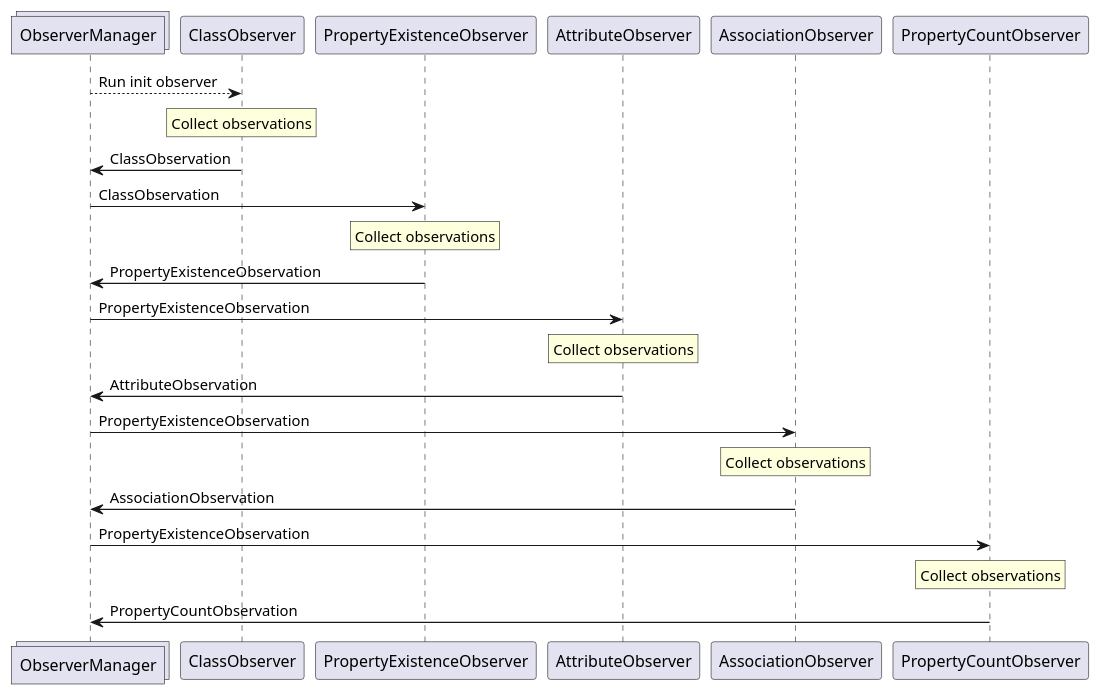
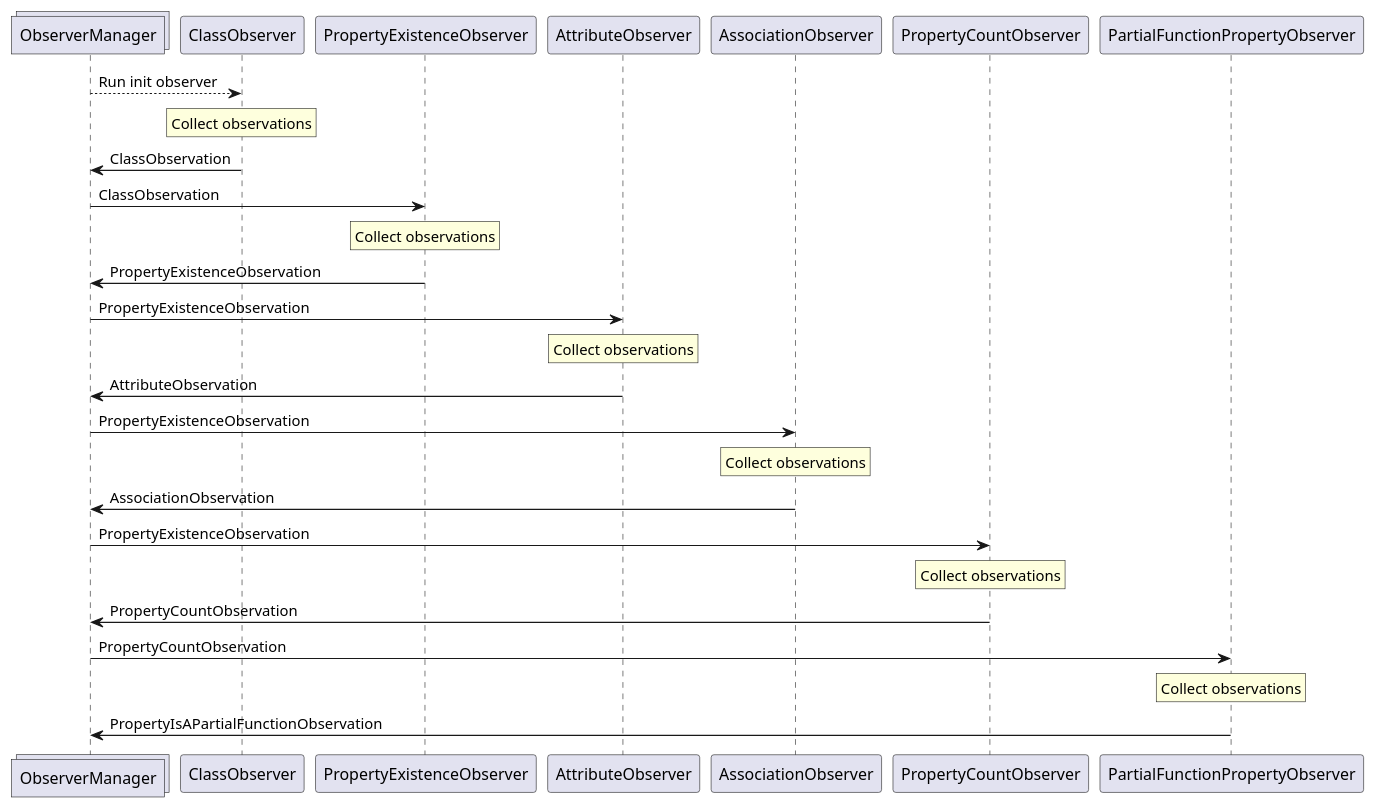
Before and after one commit to mff-uk/sparqless: the diagram in diagrams/observers.plantuml, drawn with PlantUML. The commit also changed 52 other files, not shown here.

First line of the commit message:
feat(observation): improve performance of observers by eliminating cross-graph matching (#8)

```diff
--- a/diagrams/observers.plantuml
+++ b/diagrams/observers.plantuml
@@ -1,49 +1,57 @@
 @startuml
 collections ObserverManager
 participant ClassObserver
 participant PropertyExistenceObserver
 participant AttributeObserver
 participant AssociationObserver
 participant PropertyCountObserver
 
 ObserverManager --> ClassObserver: Run init observer
 
 rnote over ClassObserver
   Collect observations
 endrnote
 
 ObserverManager <- ClassObserver: ClassObservation
 
 ObserverManager -> PropertyExistenceObserver: ClassObservation
 
 rnote over PropertyExistenceObserver
   Collect observations
 endrnote
 
 ObserverManager <- PropertyExistenceObserver: PropertyExistenceObservation
 
 ObserverManager -> AttributeObserver: PropertyExistenceObservation
 
 rnote over AttributeObserver
   Collect observations
 endrnote
 
 ObserverManager <- AttributeObserver: AttributeObservation
 
 ObserverManager -> AssociationObserver: PropertyExistenceObservation
 
 rnote over AssociationObserver
   Collect observations
 endrnote
 
 ObserverManager <- AssociationObserver: AssociationObservation
 
 ObserverManager -> PropertyCountObserver: PropertyExistenceObservation
 
 rnote over PropertyCountObserver
   Collect observations
 endrnote
 
 ObserverManager <- PropertyCountObserver: PropertyCountObservation
 
+ObserverManager -> PartialFunctionPropertyObserver: PropertyCountObservation
+
+rnote over PartialFunctionPropertyObserver
+  Collect observations
+endrnote
+
+ObserverManager <- PartialFunctionPropertyObserver: PropertyIsAPartialFunctionObservation
+
 @enduml
```
